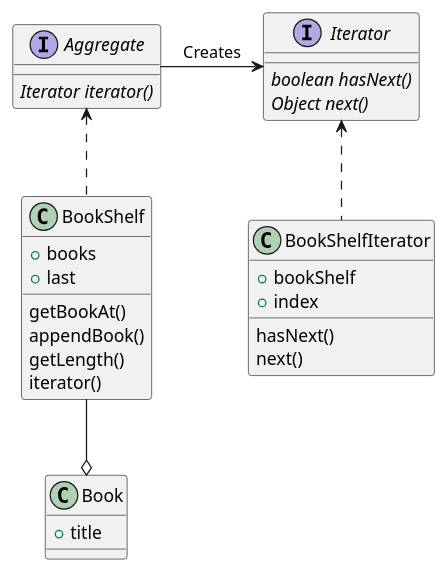
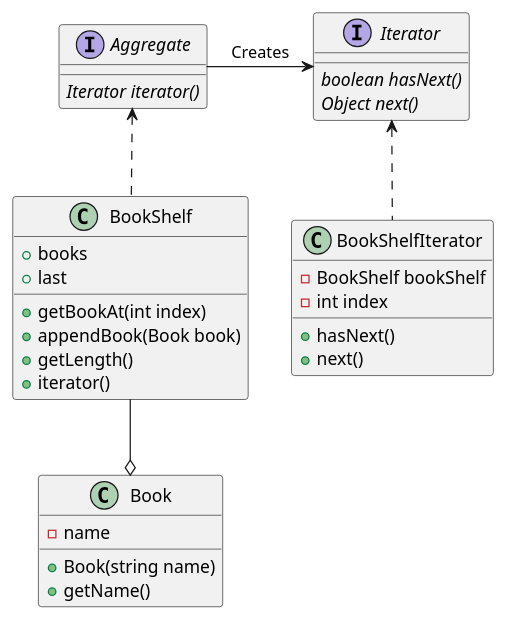
One commit to ku2ma2/design_pattern changed the diagram in php/iterator/README.md. Above: the diagram before and after it, drawn with PlantUML.

Commit message:
Modified README.md of PlantUML
- Add private,public,input value

````diff
--- a/php/iterator/README.md
+++ b/php/iterator/README.md
@@ -4,39 +4,41 @@
 ```uml
 @startuml
 
 
 interface Aggregate {
     {abstract} Iterator iterator()
 }
 
 interface Iterator {
     {abstract} boolean hasNext()
     {abstract} Object next()
 }
 class BookShelf {
     +books
     +last
-    getBookAt()
-    appendBook()
-    getLength()
-    iterator()
+    +getBookAt(int index)
+    +appendBook(Book book)
+    +getLength()
+    +iterator()
 }
 class BookShelfIterator {
-    +bookShelf
-    +index
-    hasNext()
-    next()
+    -BookShelf bookShelf
+    -int index
+    +hasNext()
+    +next()
 }
 
 class Book {
-  +title
+  -name
+  +Book(string name)
+  +getName()
 }
 
 BookShelfIterator .up-> Iterator
 BookShelf .up-> Aggregate
 Aggregate -right-> Iterator : Creates
 Book o-up- BookShelf
 
 
 @enduml
 ```
````
